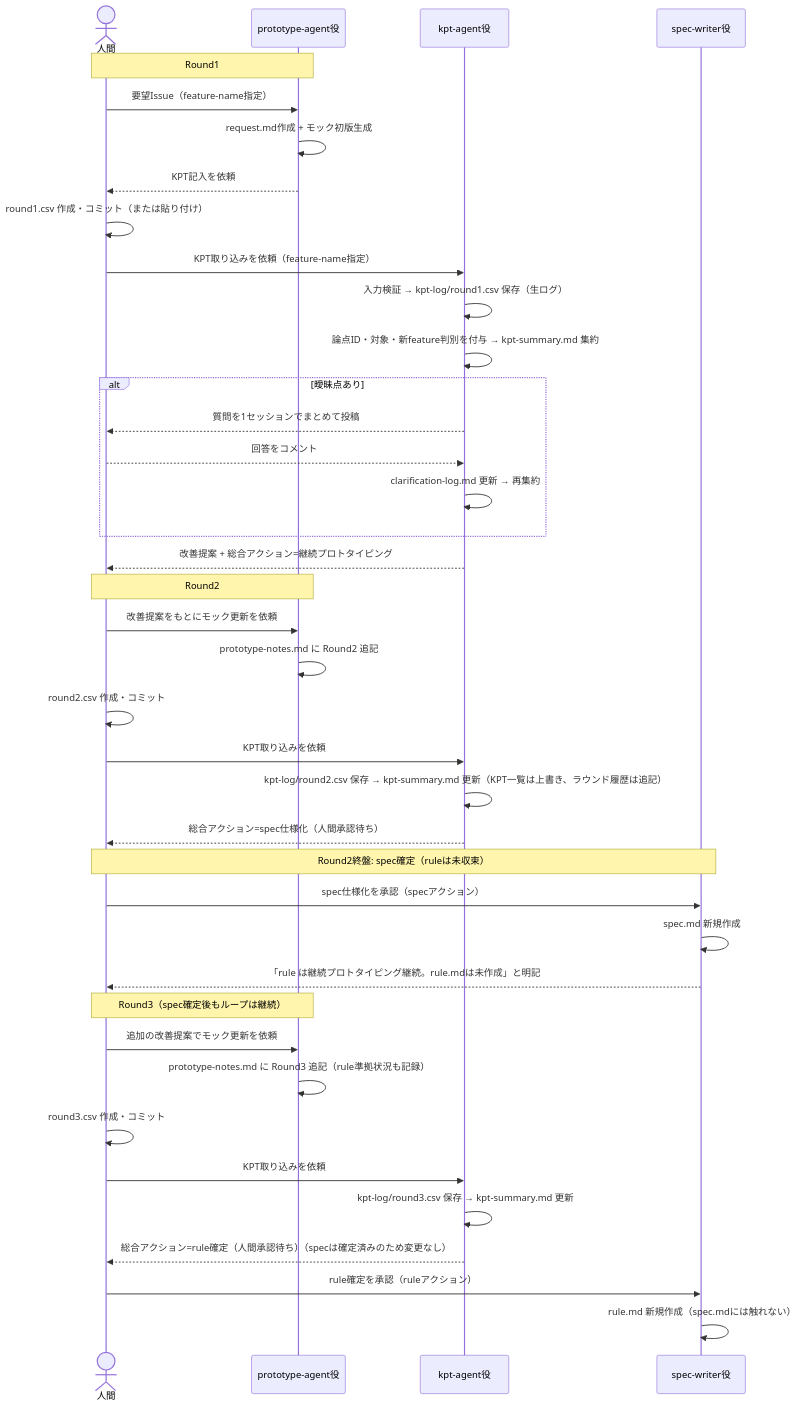
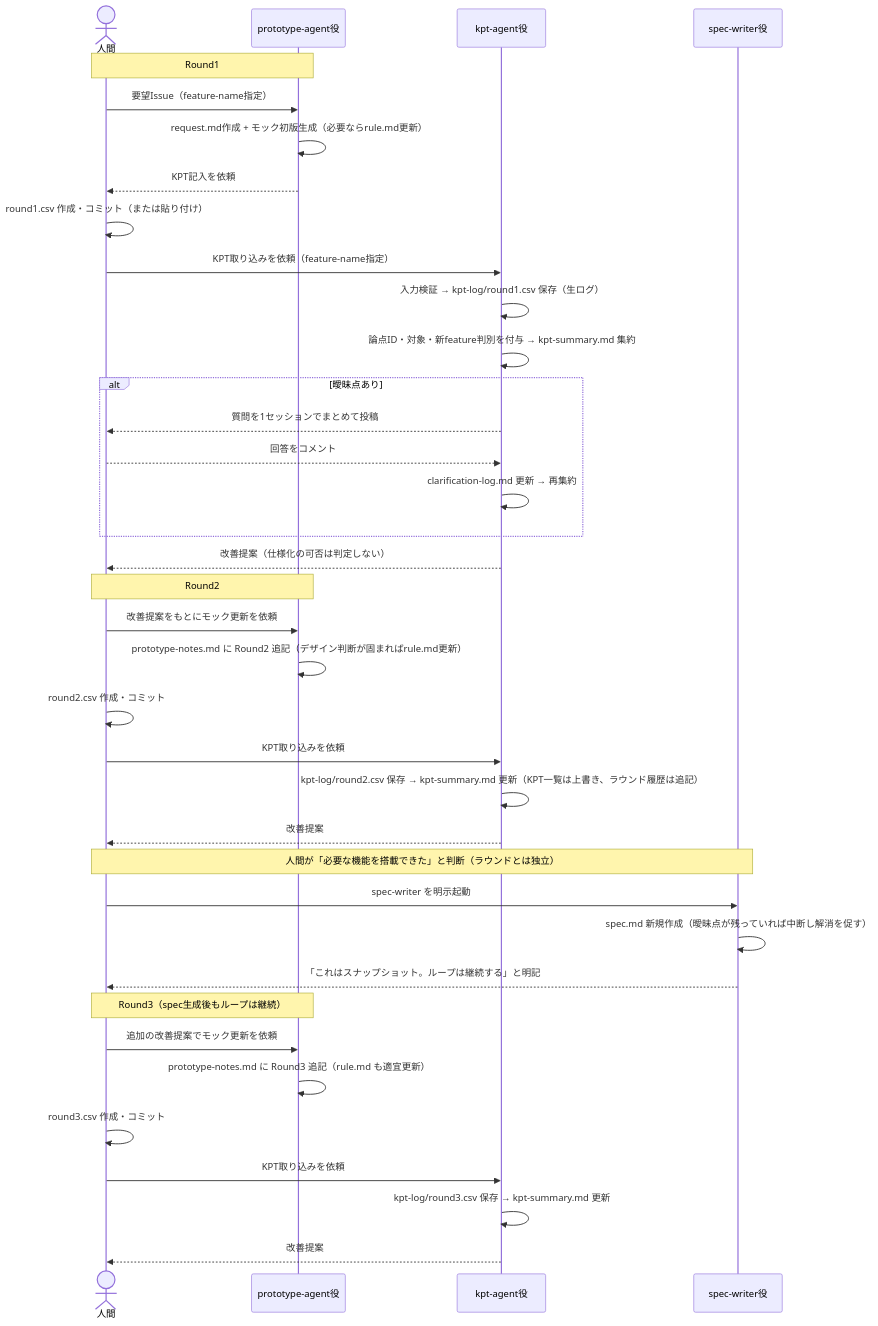
One commit to Aco-Lone/kpt-spec-proposer changed the second of 2 diagrams in docs/process/prototype-driven-flow.md. Above: the diagram before and after it, drawn with Mermaid. The commit also changed other lines of this file, not shown here.

Commit message:
Rewrite prototype-driven-flow.md for new model (human spec, approval-free rule)

````diff
--- a/docs/process/prototype-driven-flow.md
+++ b/docs/process/prototype-driven-flow.md
@@ -66,45 +67,43 @@
 ```mermaid
 sequenceDiagram
     actor H as 人間
     participant P as prototype-agent役
     participant K as kpt-agent役
     participant S as spec-writer役
 
     Note over H,P: Round1
     H->>P: 要望Issue（feature-name指定）
-    P->>P: request.md作成 + モック初版生成
+    P->>P: request.md作成 + モック初版生成（必要ならrule.md更新）
     P-->>H: KPT記入を依頼
     H->>H: round1.csv 作成・コミット（または貼り付け）
     H->>K: KPT取り込みを依頼（feature-name指定）
     K->>K: 入力検証 → kpt-log/round1.csv 保存（生ログ）
     K->>K: 論点ID・対象・新feature判別を付与 → kpt-summary.md 集約
     alt 曖昧点あり
         K-->>H: 質問を1セッションでまとめて投稿
         H-->>K: 回答をコメント
         K->>K: clarification-log.md 更新 → 再集約
     end
-    K-->>H: 改善提案 + 総合アクション=継続プロトタイピング
+    K-->>H: 改善提案（仕様化の可否は判定しない）
 
     Note over H,P: Round2
     H->>P: 改善提案をもとにモック更新を依頼
-    P->>P: prototype-notes.md に Round2 追記
+    P->>P: prototype-notes.md に Round2 追記（デザイン判断が固まればrule.md更新）
     H->>H: round2.csv 作成・コミット
     H->>K: KPT取り込みを依頼
     K->>K: kpt-log/round2.csv 保存 → kpt-summary.md 更新（KPT一覧は上書き、ラウンド履歴は追記）
-    K-->>H: 総合アクション=spec仕様化（人間承認待ち）
+    K-->>H: 改善提案
 
-    Note over H,S: Round2終盤: spec確定（ruleは未収束）
-    H->>S: spec仕様化を承認（specアクション）
-    S->>S: spec.md 新規作成
-    S-->>H: 「rule は継続プロトタイピング継続。rule.mdは未作成」と明記
+    Note over H,S: 人間が「必要な機能を搭載できた」と判断（ラウンドとは独立）
+    H->>S: spec-writer を明示起動
+    S->>S: spec.md 新規作成（曖昧点が残っていれば中断し解消を促す）
+    S-->>H: 「これはスナップショット。ループは継続する」と明記
 
-    Note over H,P: Round3（spec確定後もループは継続）
+    Note over H,P: Round3（spec生成後もループは継続）
     H->>P: 追加の改善提案でモック更新を依頼
-    P->>P: prototype-notes.md に Round3 追記（rule準拠状況も記録）
+    P->>P: prototype-notes.md に Round3 追記（rule.md も適宜更新）
     H->>H: round3.csv 作成・コミット
     H->>K: KPT取り込みを依頼
     K->>K: kpt-log/round3.csv 保存 → kpt-summary.md 更新
-    K-->>H: 総合アクション=rule確定（人間承認待ち）（specは確定済みのため変更なし）
-    H->>S: rule確定を承認（ruleアクション）
-    S->>S: rule.md 新規作成（spec.mdには触れない）
+    K-->>H: 改善提案
 ```
````
